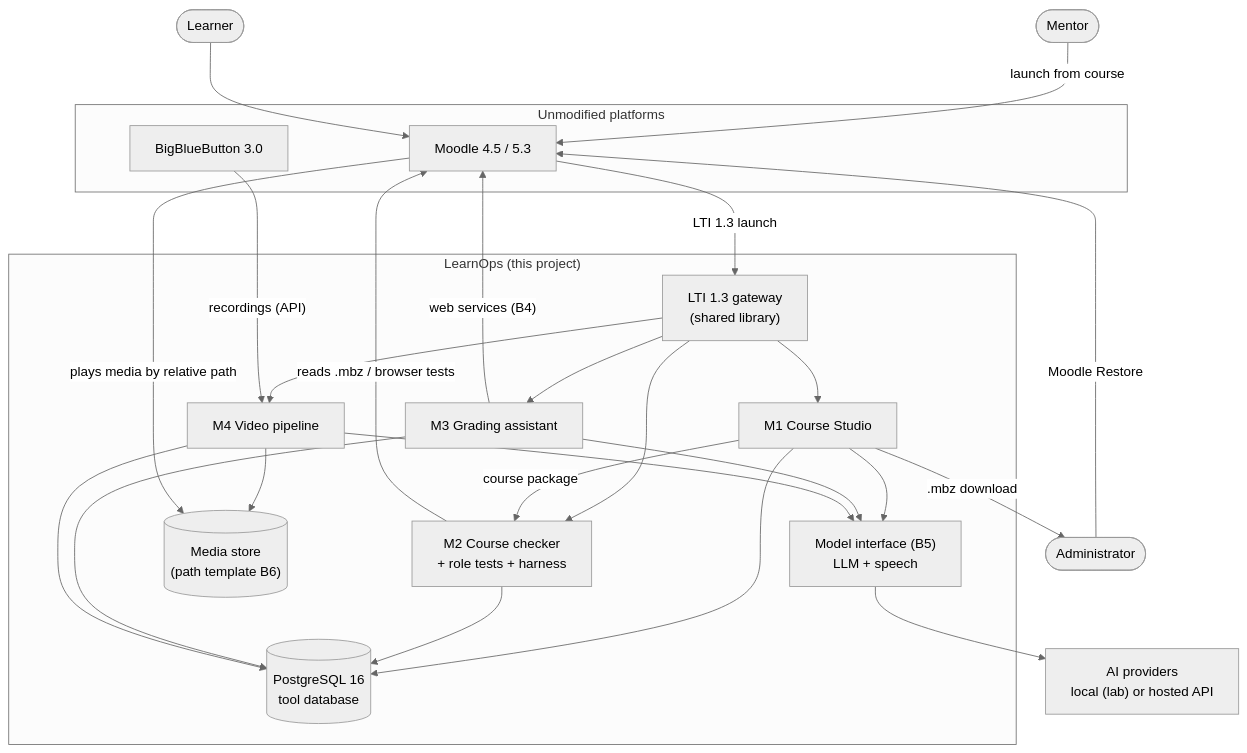
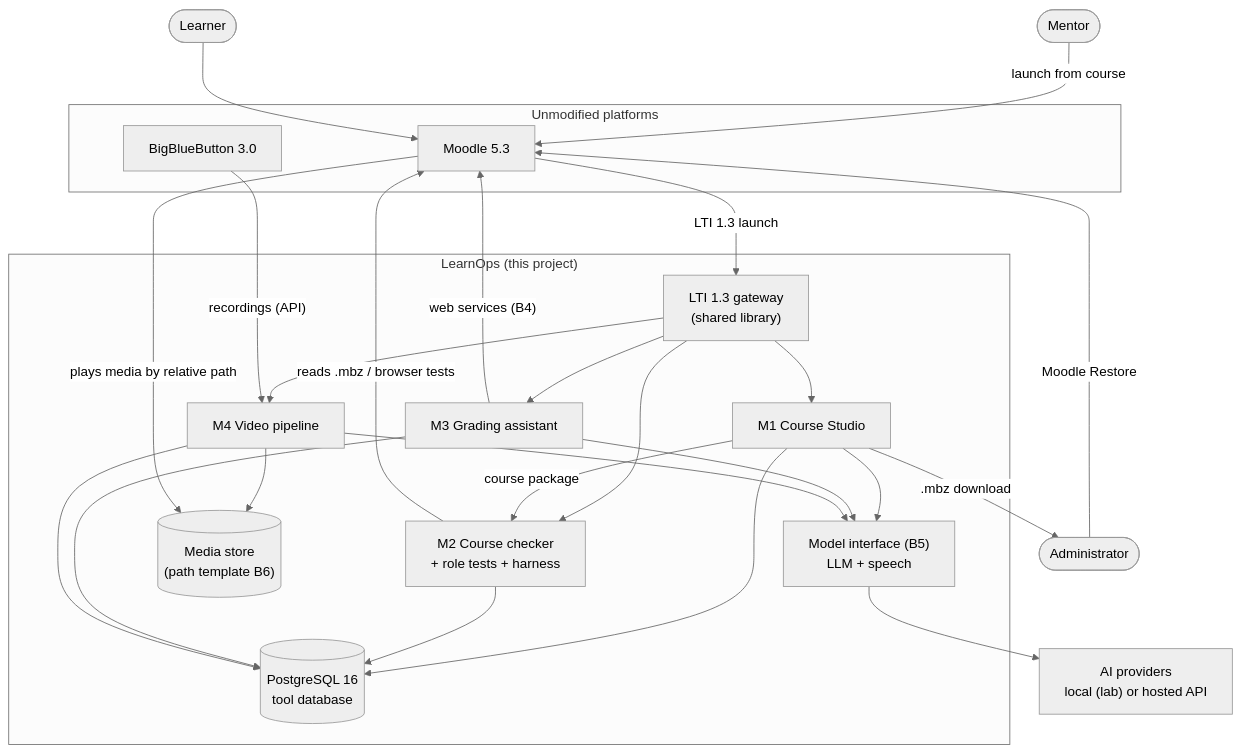
Before and after one commit to narenccode/learnops: the diagram in docs/PRD.md, drawn with Mermaid (neutral theme). The commit also changed other lines of this file and 8 other files, not shown here.

````diff
--- a/docs/PRD.md
+++ b/docs/PRD.md
@@ -145,36 +145,36 @@
 ```mermaid
 flowchart TB
     subgraph PLATFORM["Unmodified platforms"]
-        MOODLE["Moodle 4.5 / 5.3"]
+        MOODLE["Moodle 5.3"]
         BBB["BigBlueButton 3.0"]
     end
     subgraph LEARNOPS["LearnOps (this project)"]
         LTI["LTI 1.3 gateway<br/>(shared library)"]
         STUDIO["M1 Course Studio"]
         CHECK["M2 Course checker<br/>+ role tests + harness"]
         GRADE["M3 Grading assistant"]
         VIDEO["M4 Video pipeline"]
         MI["Model interface (B5)<br/>LLM + speech"]
         STORE[("PostgreSQL 16<br/>tool database")]
         MEDIA[("Media store<br/>(path template B6)")]
     end
     AI["AI providers<br/>local (lab) or hosted API"]
     MENTOR(["Mentor"])
     ADMIN(["Administrator"])
     LEARNER(["Learner"])
 
     MENTOR -- "launch from course" --> MOODLE
     MOODLE -- "LTI 1.3 launch" --> LTI
     LTI --> STUDIO & CHECK & GRADE & VIDEO
     STUDIO -- ".mbz download" --> ADMIN
     ADMIN -- "Moodle Restore" --> MOODLE
     STUDIO -- "course package" --> CHECK
     CHECK -- "reads .mbz / browser tests" --> MOODLE
     GRADE -- "web services (B4)" --> MOODLE
     BBB -- "recordings (API)" --> VIDEO
     VIDEO --> MEDIA
     MOODLE -- "plays media by relative path" --> MEDIA
     STUDIO & GRADE & VIDEO --> MI --> AI
     STUDIO & CHECK & GRADE & VIDEO --> STORE
     LEARNER --> MOODLE
 ```
````
